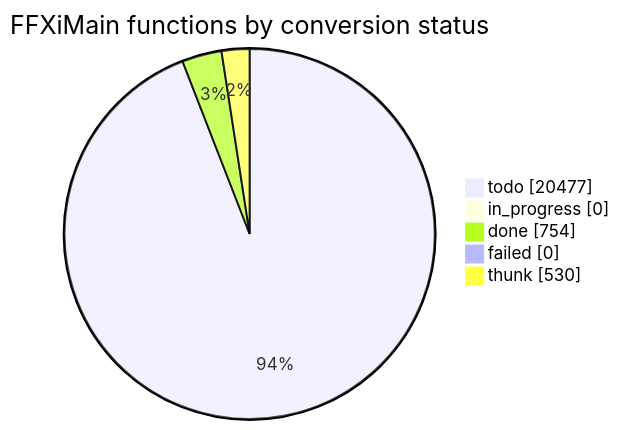
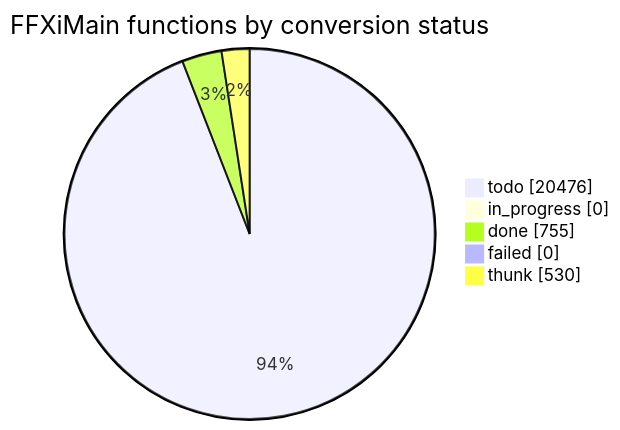
The diagram in docs/cow/STATUS.md (cowrevenge/cow_kuluu_xi_anything), drawn with Mermaid before and after one commit. The commit also changed other lines of this file and 9 other files, not shown here.

````diff
--- a/docs/cow/STATUS.md
+++ b/docs/cow/STATUS.md
@@ -18,9 +18,9 @@
 ```mermaid
 pie showData
     title FFXiMain functions by conversion status
-    "todo" : 20477
+    "todo" : 20476
     "in_progress" : 0
-    "done" : 754
+    "done" : 755
     "failed" : 0
     "thunk" : 530
 ```
````
